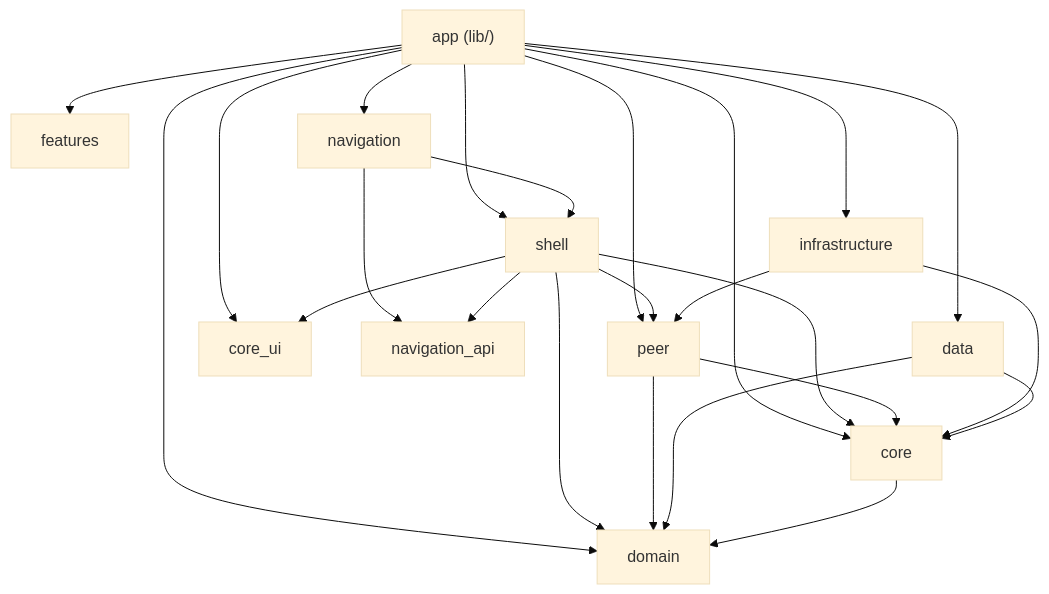
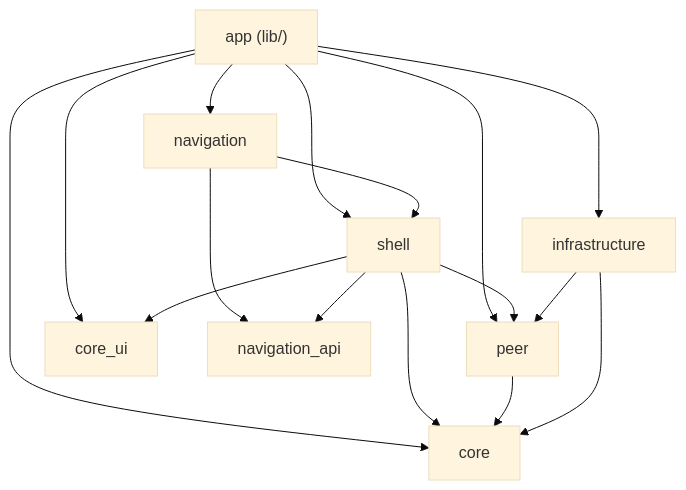
Before and after one commit to Viweld/tete_games: the diagram in README.md, drawn with Mermaid (base theme). The commit also changed 13 other files, not shown here.

First line of the commit message:
Remove peer build artifacts from git and update architecture diagram.

````diff
--- a/README.md
+++ b/README.md
@@ -51,26 +51,18 @@
 ```mermaid
 flowchart TD
-  app["app (lib/)"] --> features
+  app["app (lib/)"] --> shell
   app --> navigation
   app --> infrastructure
-  app --> data
+  app --> peer
   app --> core_ui
   app --> core
-  app --> domain
   navigation --> navigationApi["navigation_api"]
-  app --> peer
-  app --> shell
   navigation --> shell
   shell --> navigationApi
   shell --> peer
   shell --> core_ui
   shell --> core
-  shell --> domain
-  peer --> domain
   peer --> core
   infrastructure --> peer
   infrastructure --> core
-  data --> core
-  data --> domain
-  core --> domain
 ```
````
